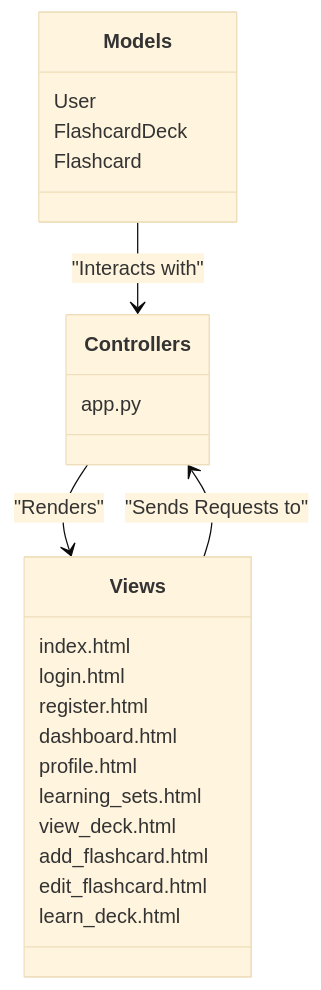
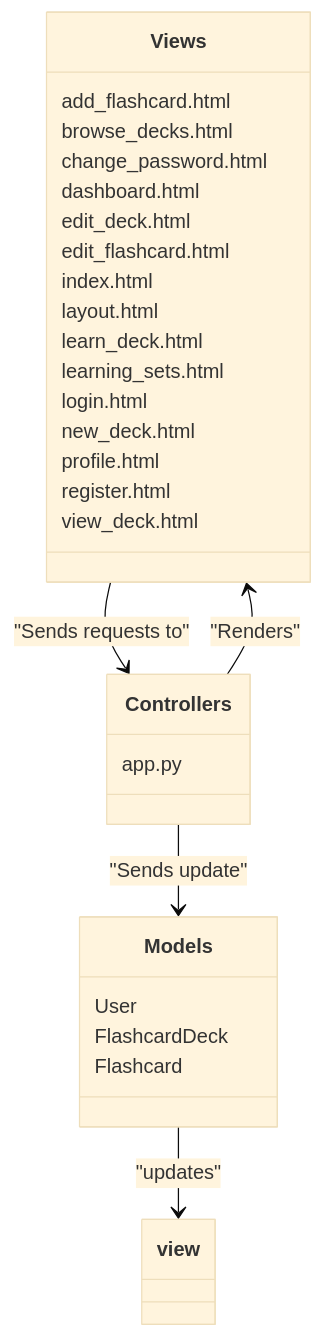
One commit to nadir-tabouni/Lumen changed the first of 4 diagrams in docs/technical-docs/architecture.md. Above: the diagram before and after it, drawn with Mermaid (base theme). The commit also changed other lines of this file and 1 other file, not shown here.

Commit message:
-extend architecture

````diff
--- a/docs/technical-docs/architecture.md
+++ b/docs/technical-docs/architecture.md
@@ -46,29 +46,35 @@
 ```mermaid
 classDiagram
 class Models {
 User
 FlashcardDeck
 Flashcard
 }
 
     class Views {
-        index.html
-        login.html
+        add_flashcard.html
+        browse_decks.html
+        change_password.html
+        dashboard.html
+        edit_deck.html
+        edit_flashcard.html
+        index.html 
+        layout.html
+        learn_deck.html
+        learning_sets.html
+        login.html 
+        new_deck.html
+        profile.html 
         register.html
-        dashboard.html
-        profile.html
-        learning_sets.html
         view_deck.html
-        add_flashcard.html
-        edit_flashcard.html
-        learn_deck.html
     }
 
     class Controllers {
         app.py
     }
 
-    Models --> Controllers : "Interacts with"
+    Models --> view : "updates"
     Controllers --> Views : "Renders"
-    Views --> Controllers : "Sends Requests to"
+    Controllers --> Models : "Sends update"
+    Views --> Controllers : "Sends requests to"
 ```
````
